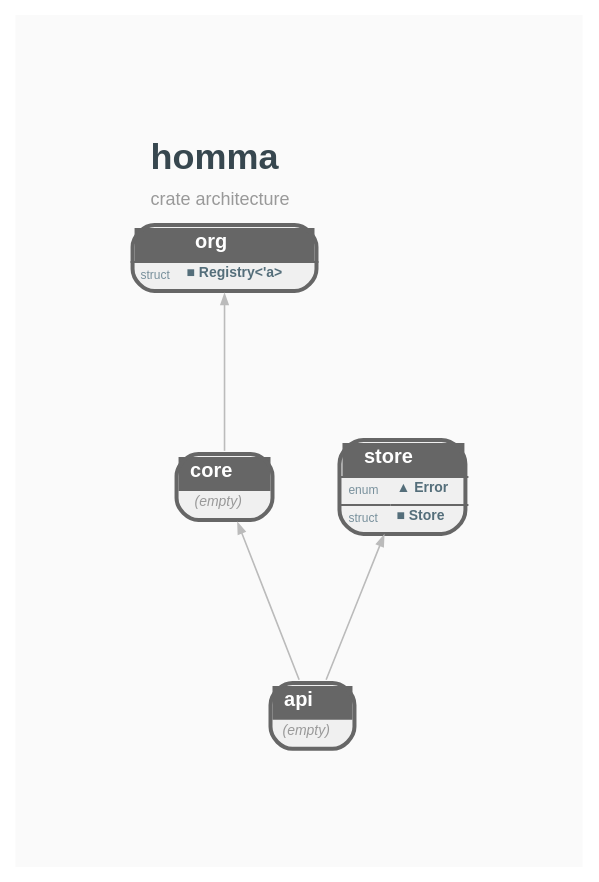
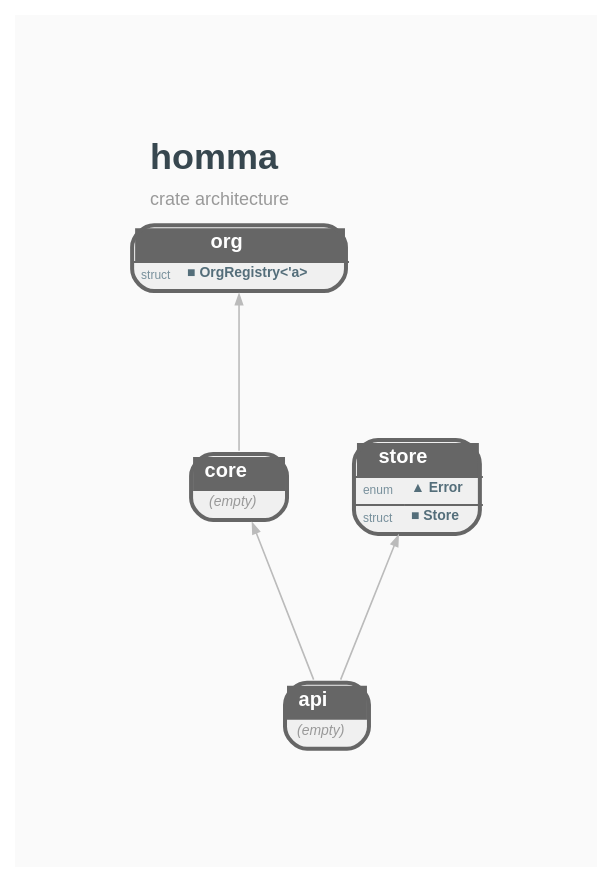
One commit to orgrinrt/homma changed the diagram in docs/STRUCTURE.GRAPH.dot. Above: the diagram before and after it, drawn with Graphviz. The commit also changed 14 other files, not shown here.

Commit message:
fix: name the org crate's registry, remote and finding apart from the core's

```diff
--- a/docs/STRUCTURE.GRAPH.dot
+++ b/docs/STRUCTURE.GRAPH.dot
@@ -1,35 +1,35 @@
 // AUTO-GENERATED: DO NOT EDIT DIRECTLY
 //
 // Generated by: mockspace (mock)
-// Generated at: 2026-08-24T17:02:33Z
+// Generated at: 2026-10-23T04:41:22Z
 // Source: mock/
 // To regenerate: cargo mock
 
 digraph "homma" {
     rankdir=BT;
     newrank=true;
     bgcolor="#FAFAFA";
     graph [fontname="Helvetica", fontsize=10, pad=0.8, nodesep=0.4, ranksep=1.0];
     node [fontname="Helvetica", fontsize=8];
     edge [fontname="Helvetica", fontsize=7, color="#BBBBBB", arrowsize=0.5, penwidth=0.8];
 
     labelloc=t;
     labeljust=l;
     label=<<TABLE BORDER="0" CELLBORDER="0" CELLSPACING="0"><TR><TD ALIGN="LEFT"><FONT POINT-SIZE="18" COLOR="#37474F"><B>homma</B></FONT></TD></TR><TR><TD ALIGN="LEFT"><FONT POINT-SIZE="9" COLOR="#999999">crate architecture</FONT></TD></TR></TABLE>>;
 
     homma_api [shape=none, margin=0, label=<<TABLE BORDER="2" CELLBORDER="0" CELLSPACING="0" CELLPADDING="3" BGCOLOR="#F0F0F0" COLOR="#666666" STYLE="ROUNDED"><TR><TD COLSPAN="2" BGCOLOR="#666666" ALIGN="CENTER"><FONT COLOR="white" POINT-SIZE="10"><B>  api  </B></FONT></TD></TR><TR><TD COLSPAN="2"><FONT COLOR="#999999" POINT-SIZE="7"><I>(empty)</I></FONT></TD></TR></TABLE>>];
     homma_core [shape=none, margin=0, label=<<TABLE BORDER="2" CELLBORDER="0" CELLSPACING="0" CELLPADDING="3" BGCOLOR="#F0F0F0" COLOR="#666666" STYLE="ROUNDED"><TR><TD COLSPAN="2" BGCOLOR="#666666" ALIGN="CENTER"><FONT COLOR="white" POINT-SIZE="10"><B>  core  </B></FONT></TD></TR><TR><TD COLSPAN="2"><FONT COLOR="#999999" POINT-SIZE="7"><I>(empty)</I></FONT></TD></TR></TABLE>>];
-    homma_org [shape=none, margin=0, label=<<TABLE BORDER="2" CELLBORDER="0" CELLSPACING="0" CELLPADDING="3" BGCOLOR="#F0F0F0" COLOR="#666666" STYLE="ROUNDED"><TR><TD COLSPAN="2" BGCOLOR="#666666" ALIGN="CENTER"><FONT COLOR="white" POINT-SIZE="10"><B>  org  </B></FONT></TD></TR><HR/><TR><TD ALIGN="LEFT"><FONT COLOR="#78909C" POINT-SIZE="6">struct</FONT></TD><TD ALIGN="LEFT" PORT="p_Registry"><FONT COLOR="#546E7A" POINT-SIZE="7"><B>■ Registry&lt;'a&gt;</B></FONT></TD></TR></TABLE>>];
+    homma_org [shape=none, margin=0, label=<<TABLE BORDER="2" CELLBORDER="0" CELLSPACING="0" CELLPADDING="3" BGCOLOR="#F0F0F0" COLOR="#666666" STYLE="ROUNDED"><TR><TD COLSPAN="2" BGCOLOR="#666666" ALIGN="CENTER"><FONT COLOR="white" POINT-SIZE="10"><B>  org  </B></FONT></TD></TR><HR/><TR><TD ALIGN="LEFT"><FONT COLOR="#78909C" POINT-SIZE="6">struct</FONT></TD><TD ALIGN="LEFT" PORT="p_OrgRegistry"><FONT COLOR="#546E7A" POINT-SIZE="7"><B>■ OrgRegistry&lt;'a&gt;</B></FONT></TD></TR></TABLE>>];
     homma_store [shape=none, margin=0, label=<<TABLE BORDER="2" CELLBORDER="0" CELLSPACING="0" CELLPADDING="3" BGCOLOR="#F0F0F0" COLOR="#666666" STYLE="ROUNDED"><TR><TD COLSPAN="2" BGCOLOR="#666666" ALIGN="CENTER"><FONT COLOR="white" POINT-SIZE="10"><B>  store  </B></FONT></TD></TR><HR/><TR><TD ALIGN="LEFT"><FONT COLOR="#78909C" POINT-SIZE="6">enum</FONT></TD><TD ALIGN="LEFT" PORT="p_Error"><FONT COLOR="#546E7A" POINT-SIZE="7"><B>▲ Error</B></FONT></TD></TR><HR/><TR><TD ALIGN="LEFT"><FONT COLOR="#78909C" POINT-SIZE="6">struct</FONT></TD><TD ALIGN="LEFT" PORT="p_Store"><FONT COLOR="#546E7A" POINT-SIZE="7"><B>■ Store</B></FONT></TD></TR></TABLE>>];
 
     { rank=same; homma_api; } // depth 0
     { rank=same; homma_core; homma_store; } // depth 1
     { rank=same; homma_org; } // depth 2
 
 
     // Dependency edges (transitively reduced)
     homma_api -> homma_core;
     homma_core -> homma_org;
     homma_api -> homma_store;
 
 }
```
